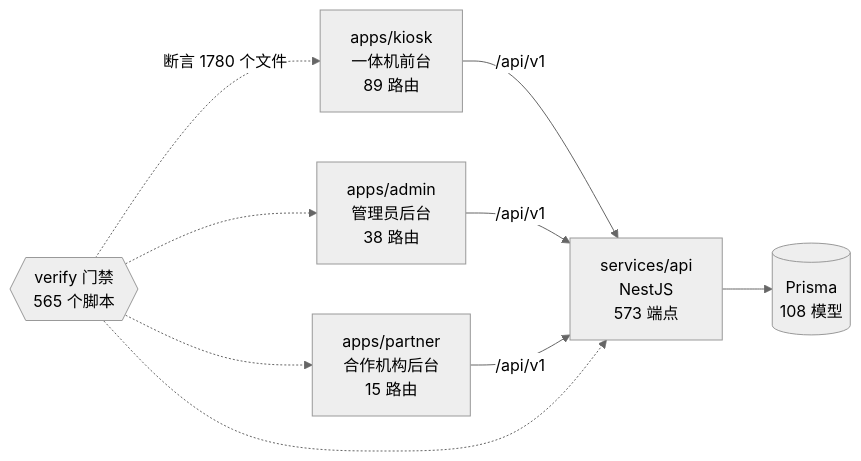
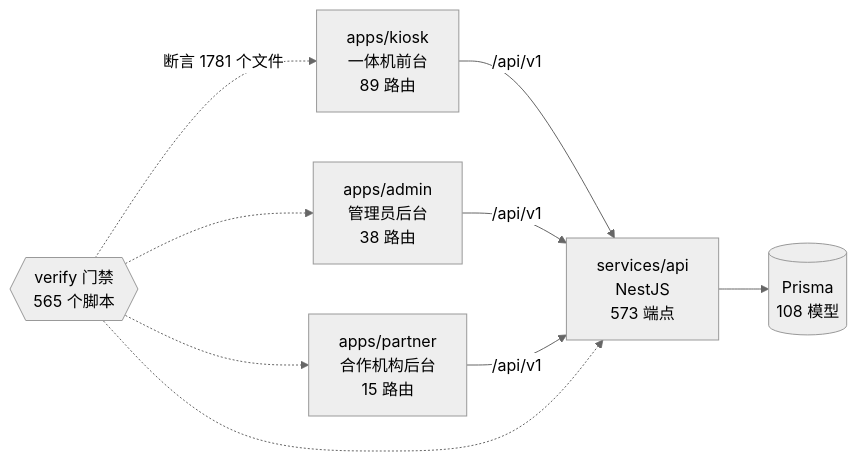
The diagram in docs/graph/README.md (wanglei581/YITIJI), drawn with Mermaid (neutral theme) before and after one commit. The commit also changed other lines of this file and 12 other files, not shown here.

````diff
--- a/docs/graph/README.md
+++ b/docs/graph/README.md
@@ -68,18 +68,18 @@
 ```mermaid
 flowchart LR
   kiosk["apps/kiosk<br/>一体机前台<br/>89 路由"]
   admin["apps/admin<br/>管理员后台<br/>38 路由"]
   partner["apps/partner<br/>合作机构后台<br/>15 路由"]
   api["services/api<br/>NestJS<br/>573 端点"]
   db[("Prisma<br/>108 模型")]
   gates{{"verify 门禁<br/>565 个脚本"}}
 
   kiosk -->|"/api/v1"| api
   admin -->|"/api/v1"| api
   partner -->|"/api/v1"| api
   api --> db
-  gates -.->|"断言 1780 个文件"| kiosk
+  gates -.->|"断言 1781 个文件"| kiosk
   gates -.-> admin
   gates -.-> partner
   gates -.-> api
 ```
````
